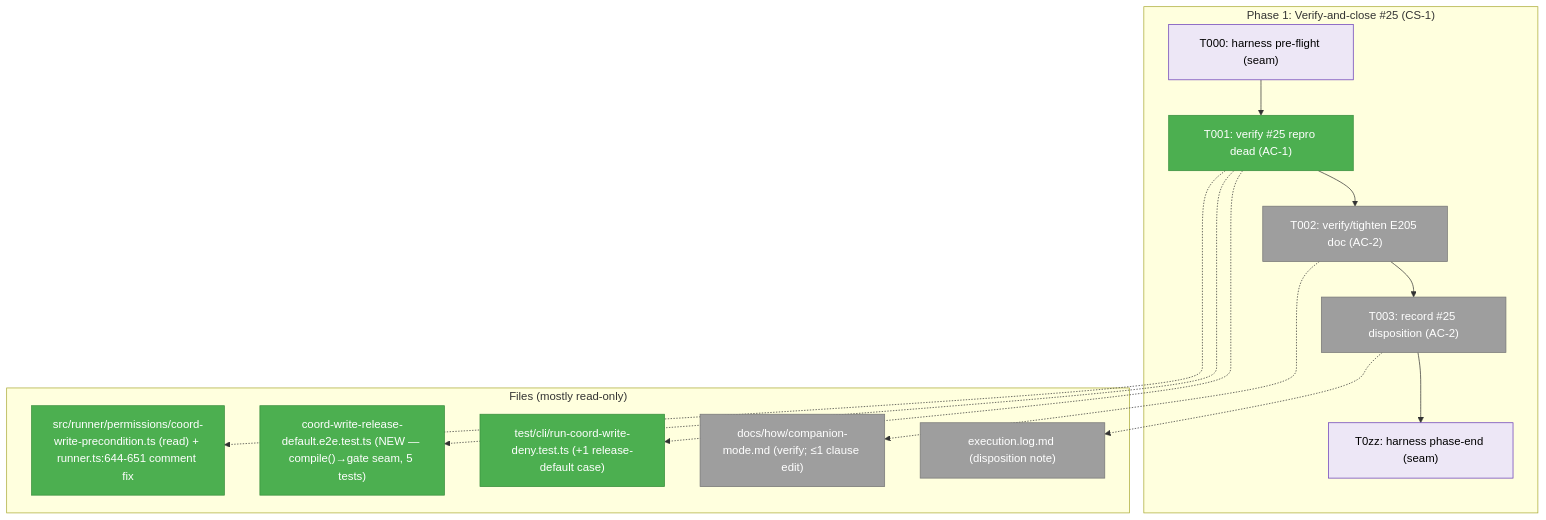
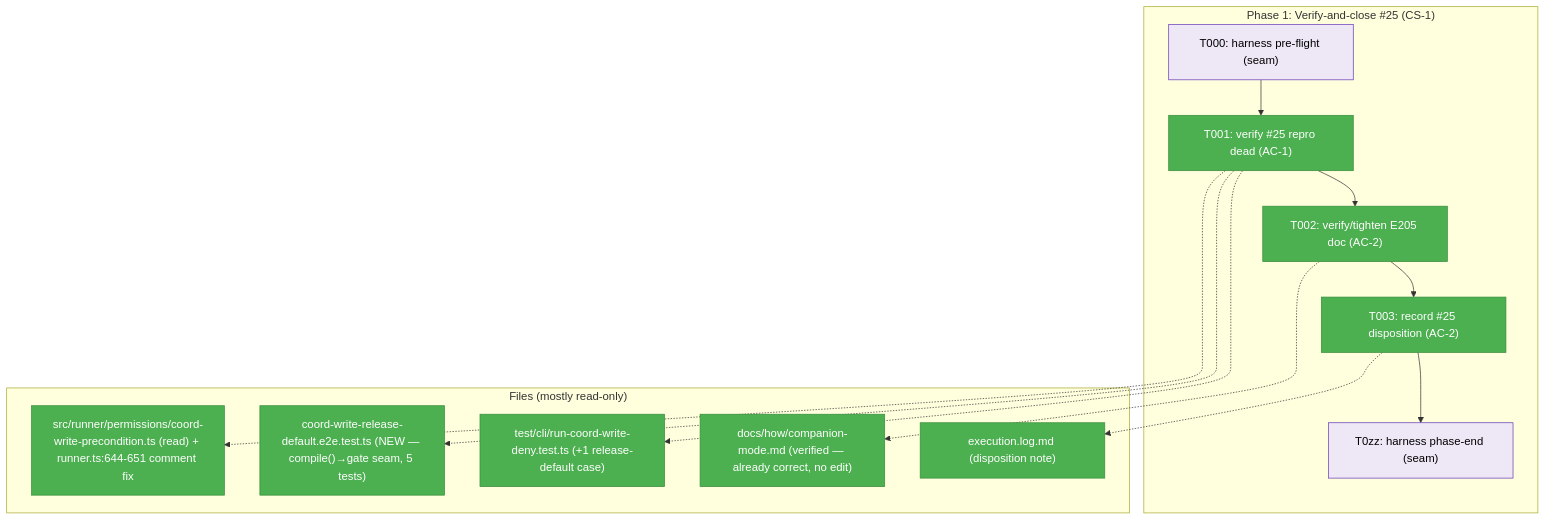
One commit to AI-Substrate/minih changed the first of 3 diagrams in docs/plans/027-companion-coordination/tasks/phase-1-verify-and-close-permission-edge/tasks.md. Above: the diagram before and after it, drawn with Mermaid. The commit also changed other lines of this file and 1 other file, not shown here.

Commit message:
docs(027): record #25 verify-and-close disposition (Phase 1 T002-T003)
- T002: verified companion-mode.md + permissions.md already describe
  E205 as a boot-time refusal (no edit needed; the "arrives as an inbox
  message" premise lived only in this plan's spec/research, not on disk)
- T003: quotable #25 close-comment summary citing the T001 proof and
  the verified doc state

````diff
--- a/docs/plans/027-companion-coordination/tasks/phase-1-verify-and-close-permission-edge/tasks.md
+++ b/docs/plans/027-companion-coordination/tasks/phase-1-verify-and-close-permission-edge/tasks.md
@@ -77,29 +77,29 @@
 ```mermaid
 flowchart TD
     classDef pending fill:#9E9E9E,stroke:#757575,color:#fff
     classDef completed fill:#4CAF50,stroke:#388E3C,color:#fff
     classDef seam fill:#EDE7F6,stroke:#673AB7,color:#000
 
     subgraph Phase["Phase 1: Verify-and-close #25 (CS-1)"]
         T000["T000: harness pre-flight (seam)"]:::seam
         T001["T001: verify #25 repro dead (AC-1)"]:::completed
-        T002["T002: verify/tighten E205 doc (AC-2)"]:::pending
-        T003["T003: record #25 disposition (AC-2)"]:::pending
+        T002["T002: verify/tighten E205 doc (AC-2)"]:::completed
+        T003["T003: record #25 disposition (AC-2)"]:::completed
         T0zz["T0zz: harness phase-end (seam)"]:::seam
         T000 --> T001 --> T002 --> T003 --> T0zz
     end
 
     subgraph Files["Files (mostly read-only)"]
         F1["src/runner/permissions/coord-write-precondition.ts (read) + runner.ts:644-651 comment fix"]:::completed
         F2["coord-write-release-default.e2e.test.ts (NEW — compile()→gate seam, 5 tests)"]:::completed
         F3["test/cli/run-coord-write-deny.test.ts (+1 release-default case)"]:::completed
-        F4["docs/how/companion-mode.md (verify; ≤1 clause edit)"]:::pending
-        F5["execution.log.md (disposition note)"]:::pending
+        F4["docs/how/companion-mode.md (verified — already correct, no edit)"]:::completed
+        F5["execution.log.md (disposition note)"]:::completed
     end
 
     T001 -.-> F1
     T001 -.-> F2
     T001 -.-> F3
     T002 -.-> F4
     T003 -.-> F5
 ```
````
